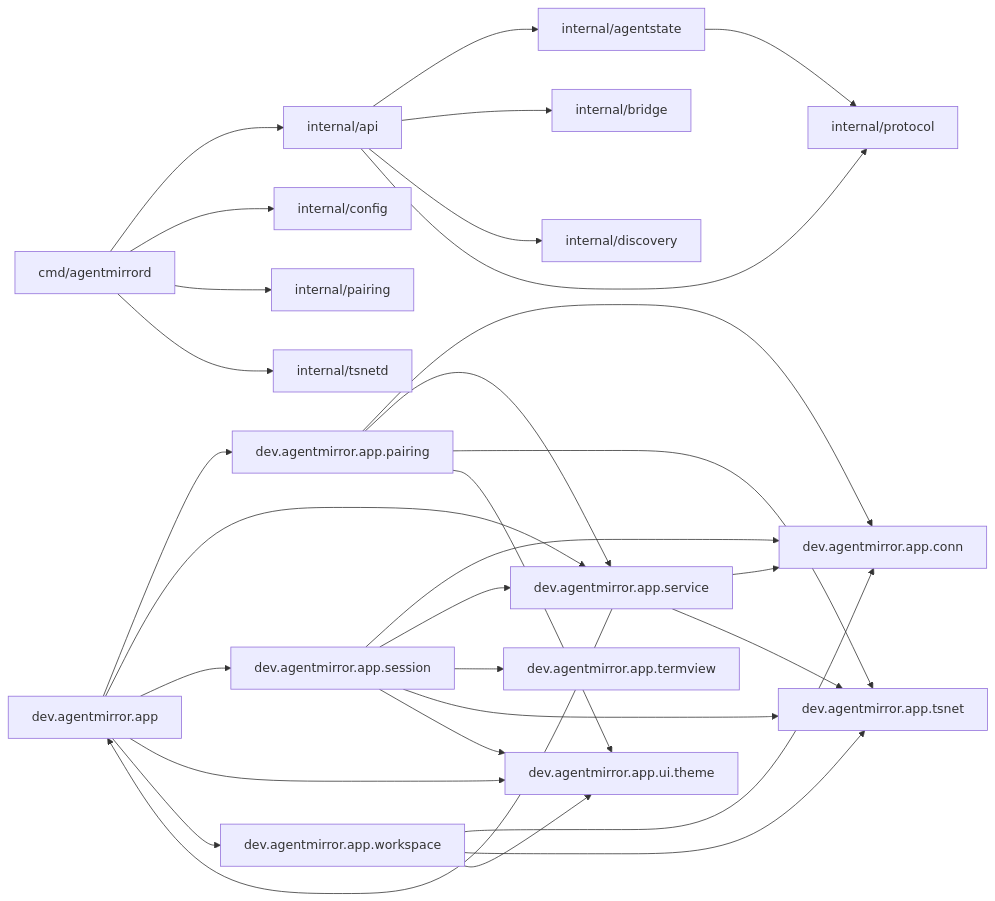
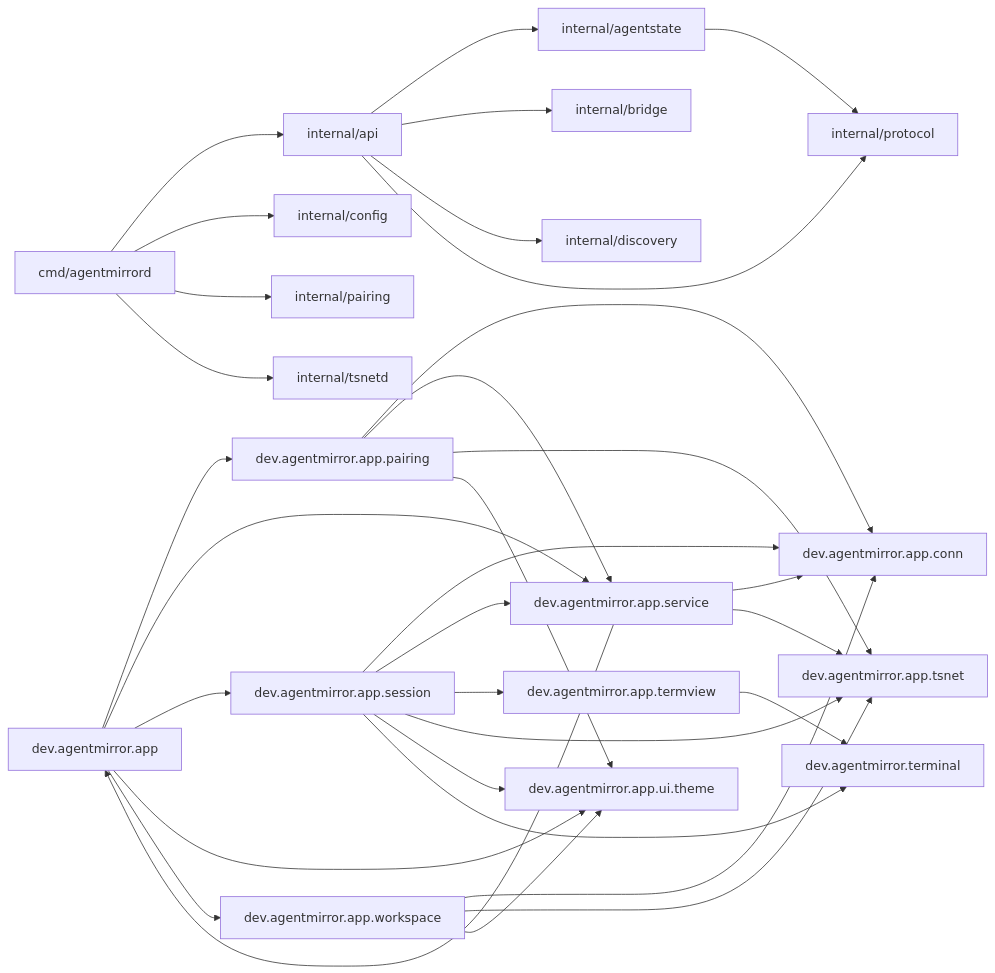
One commit to Florious95/corral-core changed the diagram in docs/wiki/README.md. Above: the diagram before and after it, drawn with Mermaid. The commit also changed other lines of this file and 111 other files, not shown here.

````diff
--- a/docs/wiki/README.md
+++ b/docs/wiki/README.md
@@ -17,50 +17,53 @@
 ```mermaid
 flowchart LR
     go_cmd_agentmirrord["cmd/agentmirrord"]
     go_internal_agentstate["internal/agentstate"]
     go_internal_api["internal/api"]
     go_internal_bridge["internal/bridge"]
     go_internal_config["internal/config"]
     go_internal_discovery["internal/discovery"]
     go_internal_pairing["internal/pairing"]
     go_internal_protocol["internal/protocol"]
     go_internal_tsnetd["internal/tsnetd"]
     kt_dev_agentmirror_app["dev.agentmirror.app"]
     kt_dev_agentmirror_app_ui_theme["dev.agentmirror.app.ui.theme"]
     kt_dev_agentmirror_app_pairing["dev.agentmirror.app.pairing"]
     kt_dev_agentmirror_app_workspace["dev.agentmirror.app.workspace"]
     kt_dev_agentmirror_app_termview["dev.agentmirror.app.termview"]
     kt_dev_agentmirror_app_service["dev.agentmirror.app.service"]
     kt_dev_agentmirror_app_tsnet["dev.agentmirror.app.tsnet"]
     kt_dev_agentmirror_app_conn["dev.agentmirror.app.conn"]
     kt_dev_agentmirror_app_session["dev.agentmirror.app.session"]
+    kt_dev_agentmirror_terminal["dev.agentmirror.terminal"]
     go_cmd_agentmirrord --> go_internal_api
     go_cmd_agentmirrord --> go_internal_config
     go_cmd_agentmirrord --> go_internal_pairing
     go_cmd_agentmirrord --> go_internal_tsnetd
     go_internal_agentstate --> go_internal_protocol
     go_internal_api --> go_internal_agentstate
     go_internal_api --> go_internal_bridge
     go_internal_api --> go_internal_discovery
     go_internal_api --> go_internal_protocol
     kt_dev_agentmirror_app --> kt_dev_agentmirror_app_pairing
     kt_dev_agentmirror_app --> kt_dev_agentmirror_app_service
     kt_dev_agentmirror_app --> kt_dev_agentmirror_app_session
     kt_dev_agentmirror_app --> kt_dev_agentmirror_app_ui_theme
     kt_dev_agentmirror_app --> kt_dev_agentmirror_app_workspace
     kt_dev_agentmirror_app_pairing --> kt_dev_agentmirror_app_conn
     kt_dev_agentmirror_app_pairing --> kt_dev_agentmirror_app_service
     kt_dev_agentmirror_app_pairing --> kt_dev_agentmirror_app_tsnet
     kt_dev_agentmirror_app_pairing --> kt_dev_agentmirror_app_ui_theme
     kt_dev_agentmirror_app_workspace --> kt_dev_agentmirror_app_conn
     kt_dev_agentmirror_app_workspace --> kt_dev_agentmirror_app_tsnet
     kt_dev_agentmirror_app_workspace --> kt_dev_agentmirror_app_ui_theme
+    kt_dev_agentmirror_app_termview --> kt_dev_agentmirror_terminal
     kt_dev_agentmirror_app_service --> kt_dev_agentmirror_app
     kt_dev_agentmirror_app_service --> kt_dev_agentmirror_app_conn
     kt_dev_agentmirror_app_service --> kt_dev_agentmirror_app_tsnet
     kt_dev_agentmirror_app_session --> kt_dev_agentmirror_app_conn
     kt_dev_agentmirror_app_session --> kt_dev_agentmirror_app_service
     kt_dev_agentmirror_app_session --> kt_dev_agentmirror_app_termview
     kt_dev_agentmirror_app_session --> kt_dev_agentmirror_app_tsnet
     kt_dev_agentmirror_app_session --> kt_dev_agentmirror_app_ui_theme
+    kt_dev_agentmirror_app_session --> kt_dev_agentmirror_terminal
 ```
````
